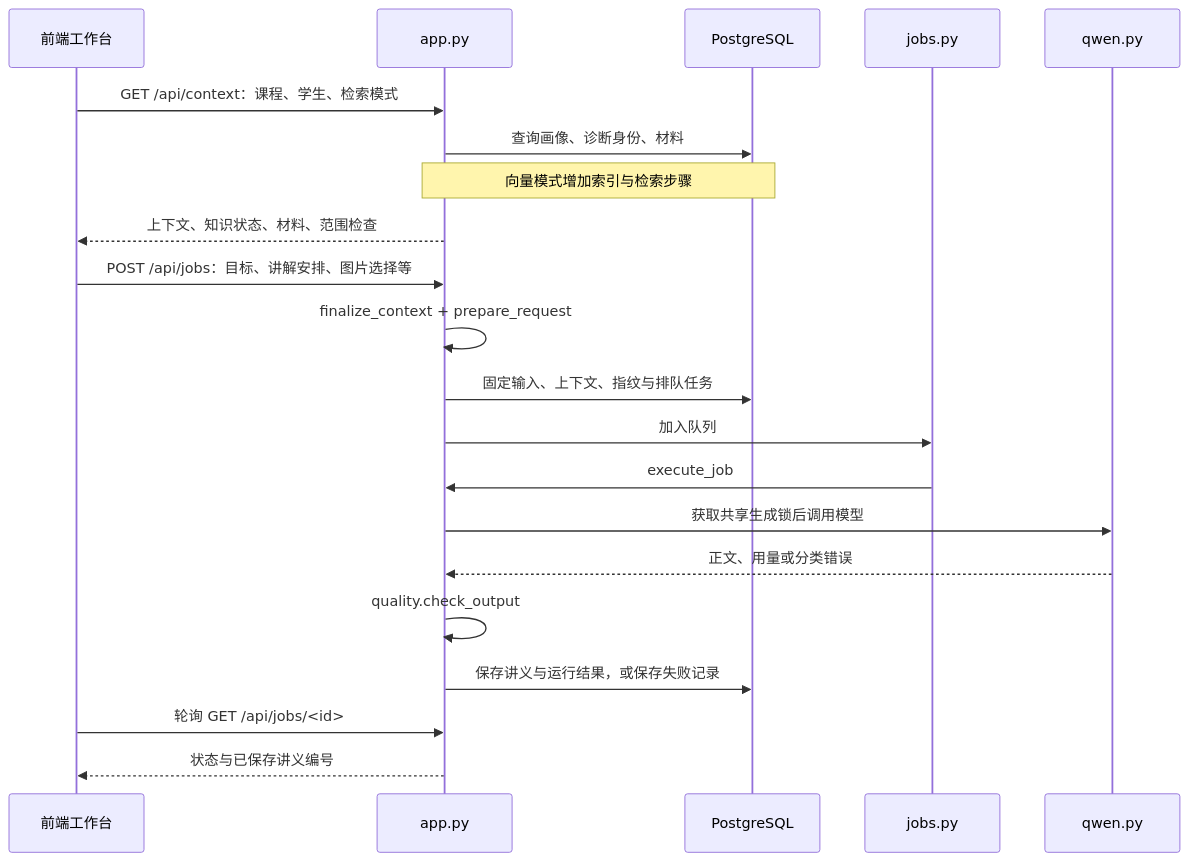
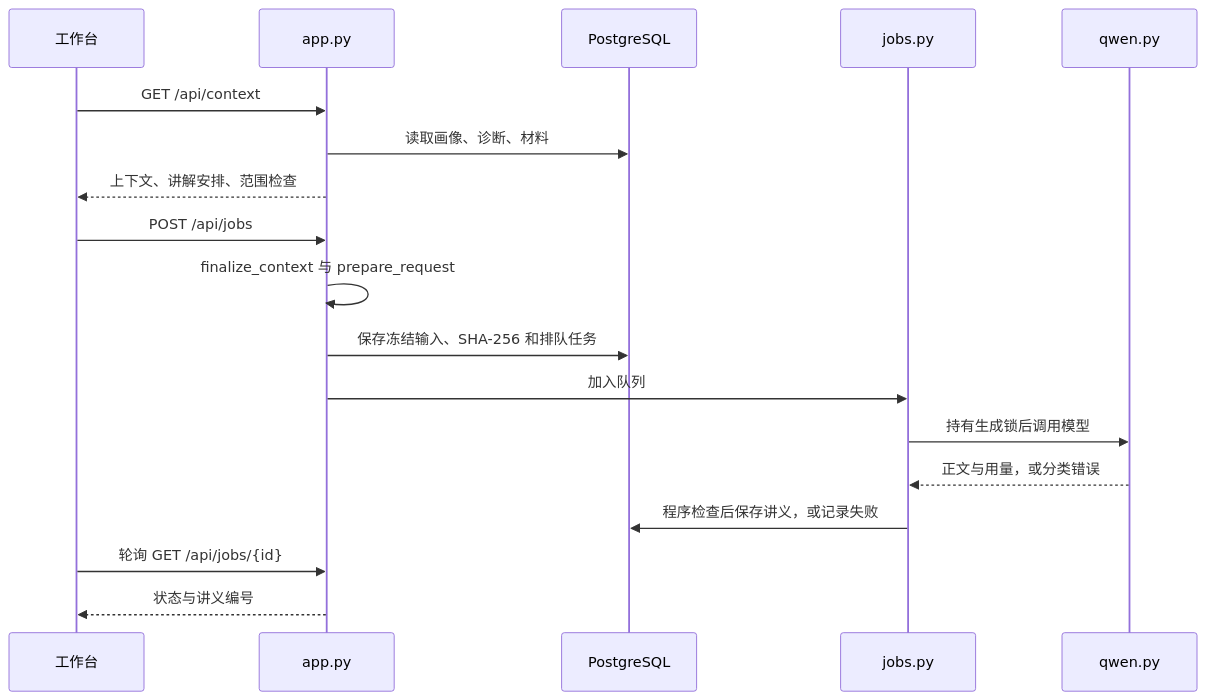
The second of 5 diagrams in project_map.md (qweasdqwe11113-crypto/Personalized-lecture-notes), drawn with Mermaid before and after one commit. The commit also changed other lines of this file and 9 other files, not shown here.

First line of the commit message:
精简文档：重写 README 与 project_map，细节移入 docs/features.md，修复图表语法

````diff
--- a/project_map.md
+++ b/project_map.md
@@ -186,23 +108,20 @@
 ```mermaid
 sequenceDiagram
-    participant UI as 前端工作台
+    participant UI as 工作台
     participant API as app.py
     participant DB as PostgreSQL
     participant Q as jobs.py
-    participant Model as qwen.py
-    UI->>API: GET /api/context：课程、学生、检索模式
-    API->>DB: 查询画像、诊断身份、材料
-    Note over API,DB: 向量模式增加索引与检索步骤
-    API-->>UI: 上下文、知识状态、材料、范围检查
-    UI->>API: POST /api/jobs：目标、讲解安排、图片选择等
-    API->>API: finalize_context + prepare_request
-    API->>DB: 固定输入、上下文、指纹与排队任务
+    participant M as qwen.py
+    UI->>API: GET /api/context
+    API->>DB: 读取画像、诊断、材料
+    API-->>UI: 上下文、讲解安排、范围检查
+    UI->>API: POST /api/jobs
+    API->>API: finalize_context 与 prepare_request
+    API->>DB: 保存冻结输入、SHA-256 和排队任务
     API->>Q: 加入队列
-    Q->>API: execute_job
-    API->>Model: 获取共享生成锁后调用模型
-    Model-->>API: 正文、用量或分类错误
-    API->>API: quality.check_output
-    API->>DB: 保存讲义与运行结果，或保存失败记录
-    UI->>API: 轮询 GET /api/jobs/<id>
-    API-->>UI: 状态与已保存讲义编号
+    Q->>M: 持有生成锁后调用模型
+    M-->>Q: 正文与用量，或分类错误
+    Q->>DB: 程序检查后保存讲义，或记录失败
+    UI->>API: 轮询 GET /api/jobs/{id}
+    API-->>UI: 状态与讲义编号
 ```
````
